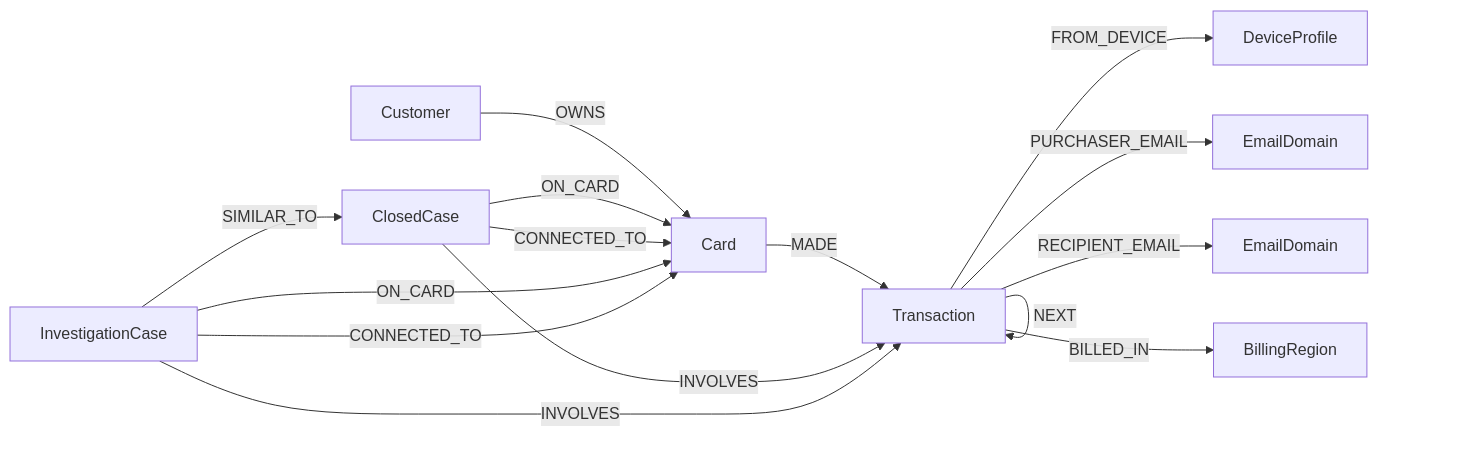
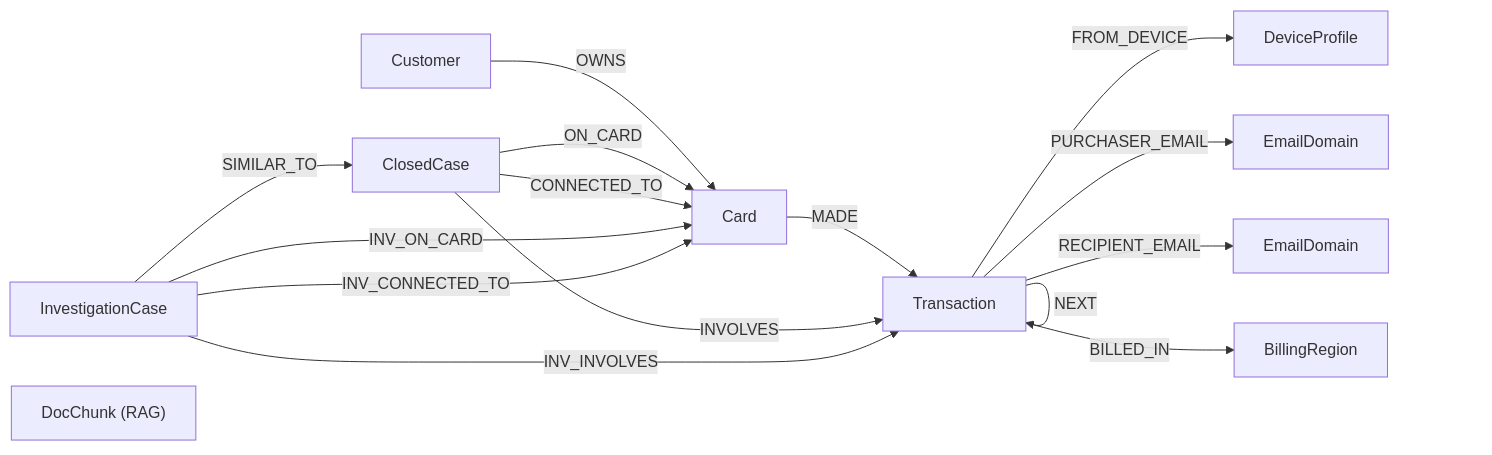
One commit to yogimait/FraudLens-TigerGraph changed the diagram in docs/Data-Model.md. Above: the diagram before and after it, drawn with Mermaid. The commit also changed other lines of this file and 82 other files, not shown here.

````diff
--- a/docs/Data-Model.md
+++ b/docs/Data-Model.md
@@ -9,17 +9,18 @@
 ```mermaid
 graph LR
     C["Customer"] -->|OWNS| K["Card"]
     K -->|MADE| T["Transaction"]
     T -->|FROM_DEVICE| D["DeviceProfile"]
     T -->|PURCHASER_EMAIL| E["EmailDomain"]
     T -->|RECIPIENT_EMAIL| RE["EmailDomain"]
     T -->|BILLED_IN| B["BillingRegion"]
     T -->|NEXT| T
     CC["ClosedCase"] -->|INVOLVES| T
     CC -->|ON_CARD| K
     CC -->|CONNECTED_TO| K
-    IC["InvestigationCase"] -->|INVOLVES| T
-    IC -->|ON_CARD| K
-    IC -->|CONNECTED_TO| K
+    IC["InvestigationCase"] -->|INV_INVOLVES| T
+    IC -->|INV_ON_CARD| K
+    IC -->|INV_CONNECTED_TO| K
     IC -->|SIMILAR_TO| CC
+    DC["DocChunk (RAG)"]
 ```
````
